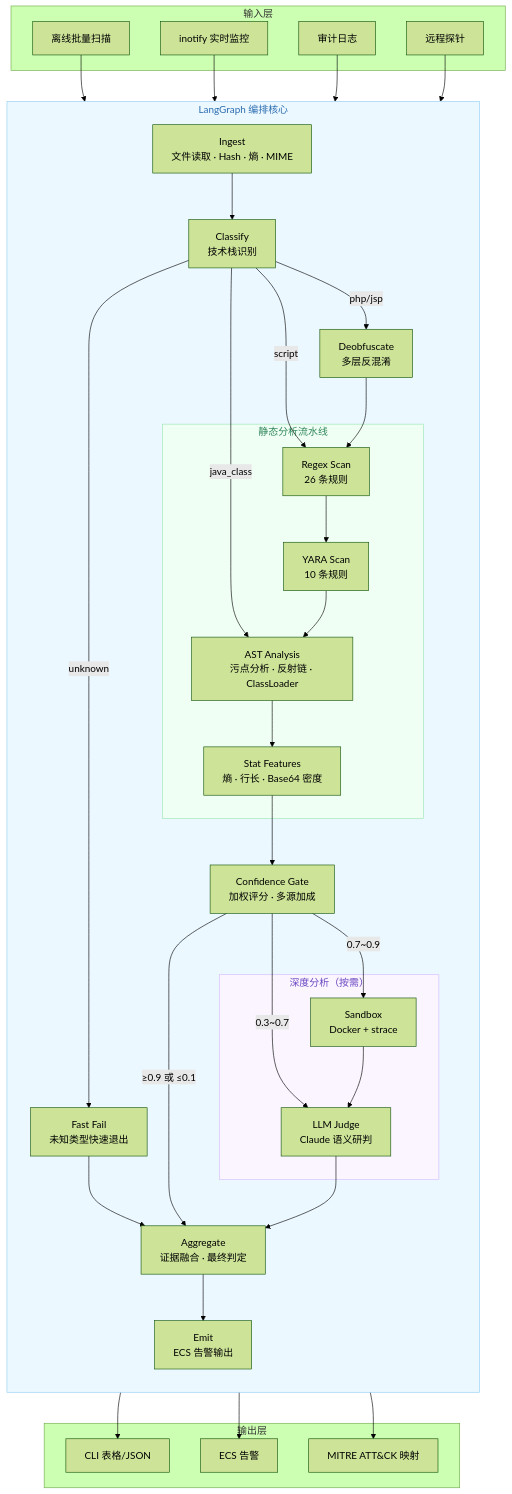
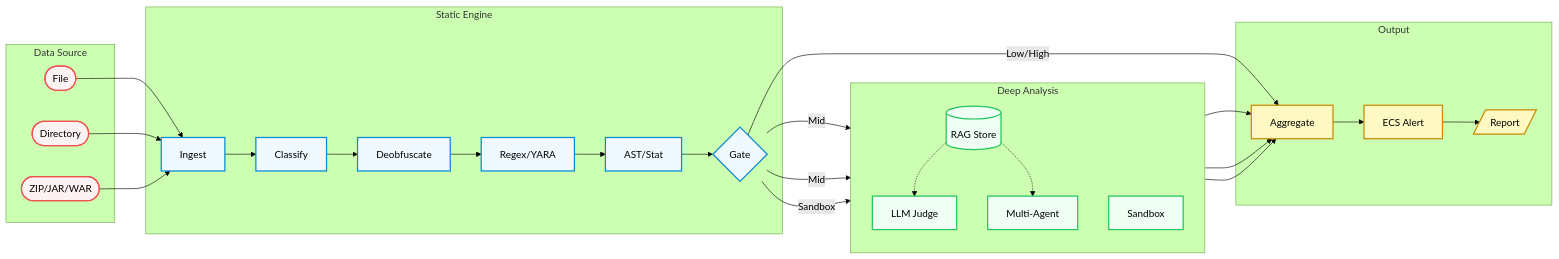
One commit to lzy756/webshells-detector changed the first of 4 diagrams in README.md. Above: the diagram before and after it, drawn with Mermaid (forest theme). The commit also changed other lines of this file and 1 other file, not shown here.

First line of the commit message:
feat: update response guidelines in CLAUDE.md to include formatting without whitespaces between Chinese and non-Chinese characters

````diff
--- a/README.md
+++ b/README.md
@@ -9,60 +9,47 @@
 ```mermaid
-graph TB
-    subgraph Input["输入层"]
-        A1[离线批量扫描]
-        A2[inotify 实时监控]
-        A3[审计日志]
-        A4[远程探针]
+flowchart LR
+    %% Styles
+    classDef input fill:#fdf2f2,stroke:#f05252,stroke-width:2px;
+    classDef analysis fill:#f0f9ff,stroke:#0689d7,stroke-width:2px;
+    classDef deep fill:#f0fff4,stroke:#22c55e,stroke-width:2px;
+    classDef output fill:#fef9c3,stroke:#ca8a04,stroke-width:2px;
+
+    subgraph Input [Data Source]
+        A1([File])
+        A2([Directory])
+        A3([ZIP/JAR/WAR])
     end
 
-    subgraph Core["LangGraph 编排核心"]
-        direction TB
-        B1[Ingest<br/>文件读取 · Hash · 熵 · MIME]
-        B2[Classify<br/>技术栈识别]
-        B3[Deobfuscate<br/>多层反混淆]
-        B4[Fast Fail<br/>未知类型快速退出]
-
-        subgraph Static["静态分析流水线"]
-            C1[Regex Scan<br/>26 条规则]
-            C2[YARA Scan<br/>10 条规则]
-            C3[AST Analysis<br/>污点分析 · 反射链 · ClassLoader]
-            C4[Stat Features<br/>熵 · 行长 · Base64 密度]
-        end
-
-        D1[Confidence Gate<br/>加权评分 · 多源加成]
-
-        subgraph Deep["深度分析（按需）"]
-            E1[LLM Judge<br/>Claude 语义研判]
-            E2[Sandbox<br/>Docker + strace]
-        end
-
-        F1[Aggregate<br/>证据融合 · 最终判定]
-        F2[Emit<br/>ECS 告警输出]
+    subgraph Static [Static Engine]
+        B1[Ingest] --> B2[Classify]
+        B2 --> B3[Deobfuscate]
+        B3 --> B4[Regex/YARA]
+        B4 --> B5[AST/Stat]
+        B5 --> B6{Gate}
     end
 
-    subgraph Output["输出层"]
-        G1[CLI 表格/JSON]
-        G2[ECS 告警]
-        G3[MITRE ATT&CK 映射]
+    subgraph Deep [Deep Analysis]
+        direction TB
+        C1[LLM Judge]
+        C2[Multi-Agent]
+        C3[Sandbox]
+        C4[(RAG Store)]
     end
 
-    A1 & A2 & A3 & A4 --> B1
-    B1 --> B2
-    B2 -->|php/jsp| B3
-    B2 -->|java_class| C3
-    B2 -->|script| C1
-    B2 -->|unknown| B4
-    B3 --> C1 --> C2 --> C3
-    C3 --> C4 --> D1
-    B4 --> F1
-    D1 -->|"≥0.9 或 ≤0.1"| F1
-    D1 -->|"0.3~0.7"| E1
-    D1 -->|"0.7~0.9"| E2
-    E2 --> E1 --> F1
-    F1 --> F2
-    F2 --> G1 & G2 & G3
+    subgraph Finalize [Output]
+        D1[Aggregate] --> D2[ECS Alert]
+        D2 --> D3[/Report/]
+    end
 
-    style Core fill:#ebf8ff,color:#2b6cb0,stroke:#90cdf4
-    style Static fill:#f0fff4,color:#2f855a,stroke:#9ae6b4
-    style Deep fill:#faf5ff,color:#6b46c1,stroke:#d6bcfa
+    A1 & A2 & A3 --> B1
+    B6 -- Low/High --> D1
+    B6 -- Mid --> C1 & C2
+    B6 -- Sandbox --> C3
+    C4 -.-> C1 & C2
+    C1 & C2 & C3 --> D1
+
+    class A1,A2,A3 input;
+    class B1,B2,B3,B4,B5,B6 analysis;
+    class C1,C2,C3,C4 deep;
+    class D1,D2,D3 output;
 ```
````
